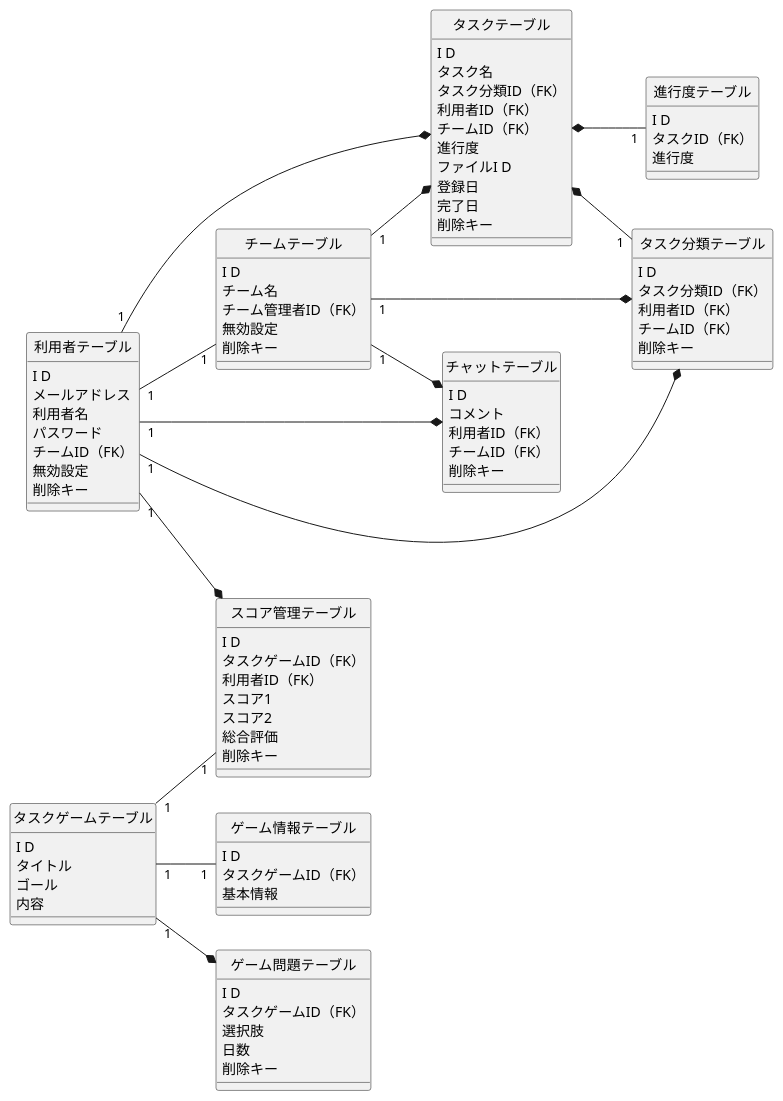
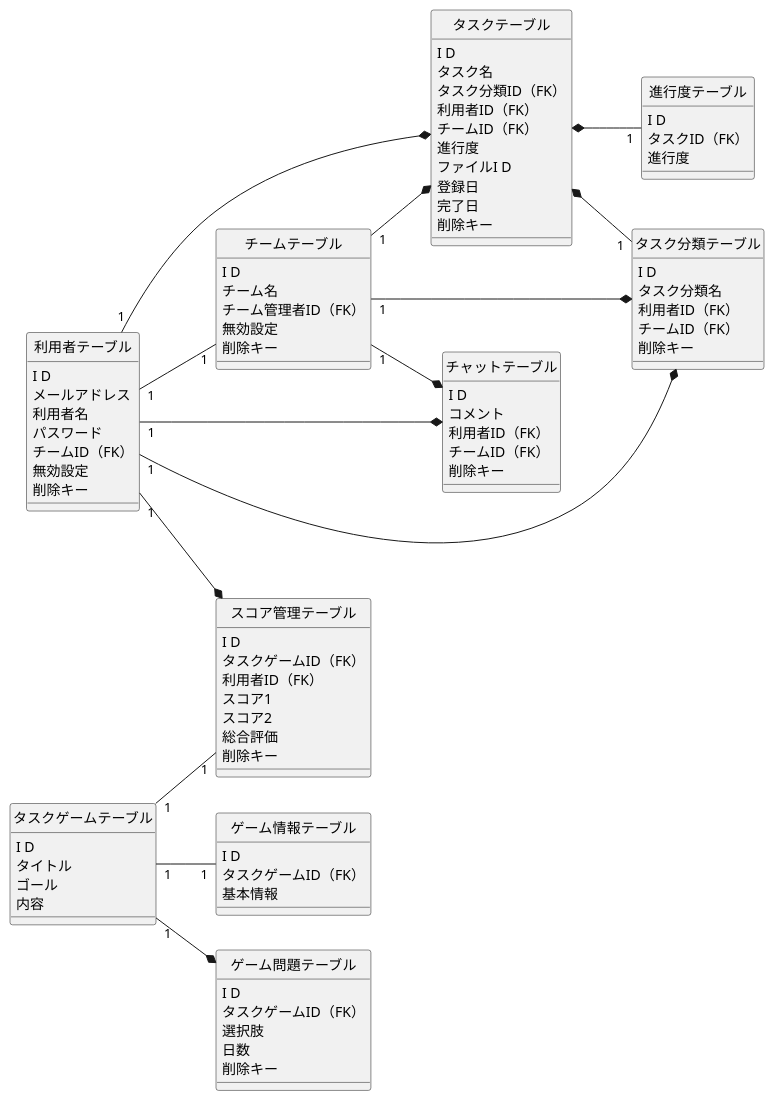
The diagram in hackathon_teamE.pu (omorirenka/uml-introduction), drawn with PlantUML before and after one commit.

Commit message:
プロジェクト開発チームE

```diff
--- a/hackathon_teamE.pu
+++ b/hackathon_teamE.pu
@@ -1,104 +1,104 @@
 @startuml
 left to right direction
 class 利用者テーブル{
 I D
 メールアドレス
 利用者名
 パスワード
 チームID（FK）
 無効設定
 削除キー
 }
 
 class タスクテーブル{
 I D
 タスク名
 タスク分類ID（FK）
 利用者ID（FK）
 チームID（FK）
 進行度
 ファイルI D
 登録日
 完了日
 削除キー
 }
 
 class タスク分類テーブル{
 I D
-タスク分類ID（FK）
+タスク分類名
 利用者ID（FK）
 チームID（FK）
 削除キー
 }
 
 class 進行度テーブル{
 I D
 タスクID（FK）
 進行度
 }
 
 class チームテーブル{
 I D
 チーム名
 チーム管理者ID（FK）
 無効設定
 削除キー    
 }
 
 class チャットテーブル{
 I D
 コメント
 利用者ID（FK）
 チームID（FK）
 削除キー
 }
 
 class タスクゲームテーブル{
 I D
 タイトル
 ゴール
 内容
 }
 
 class ゲーム問題テーブル{
 I D
 タスクゲームID（FK）
 選択肢
 日数
 削除キー
 }
 
 class ゲーム情報テーブル{
 I D
 タスクゲームID（FK）
 基本情報
 }
 
 class スコア管理テーブル{
 I D
 タスクゲームID（FK）
 利用者ID（FK）
 スコア1
 スコア2
 総合評価
 削除キー
 }
 
 利用者テーブル "1"--* タスクテーブル
 利用者テーブル "1"--"1" チームテーブル
 利用者テーブル "1"--* チャットテーブル
 利用者テーブル "1"--* タスク分類テーブル
 タスクテーブル *--"1" 進行度テーブル
 タスクテーブル *--"1" タスク分類テーブル
 チームテーブル "1"--* タスクテーブル
 チームテーブル "1"--* チャットテーブル
 チームテーブル "1"--* タスク分類テーブル
 
 利用者テーブル "1"--* スコア管理テーブル
 
 タスクゲームテーブル "1"--* ゲーム問題テーブル
 タスクゲームテーブル "1"--"1" ゲーム情報テーブル
 タスクゲームテーブル "1"--"1" スコア管理テーブル
 
 hide circle
 @enduml
```
